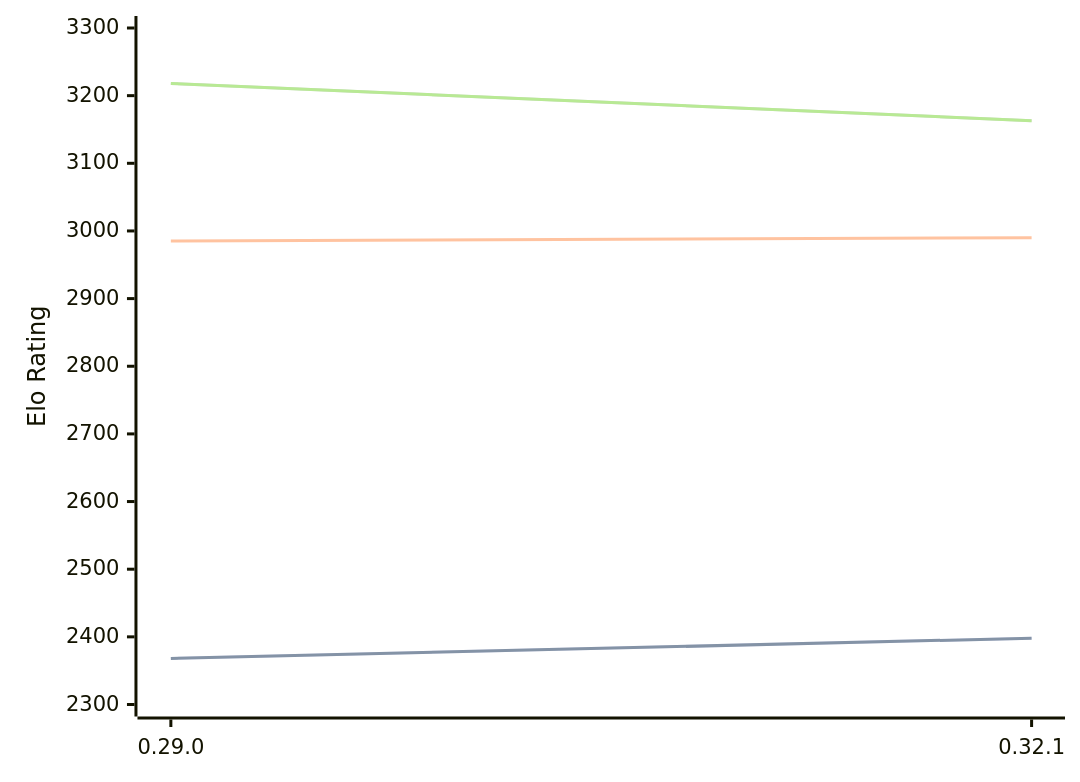
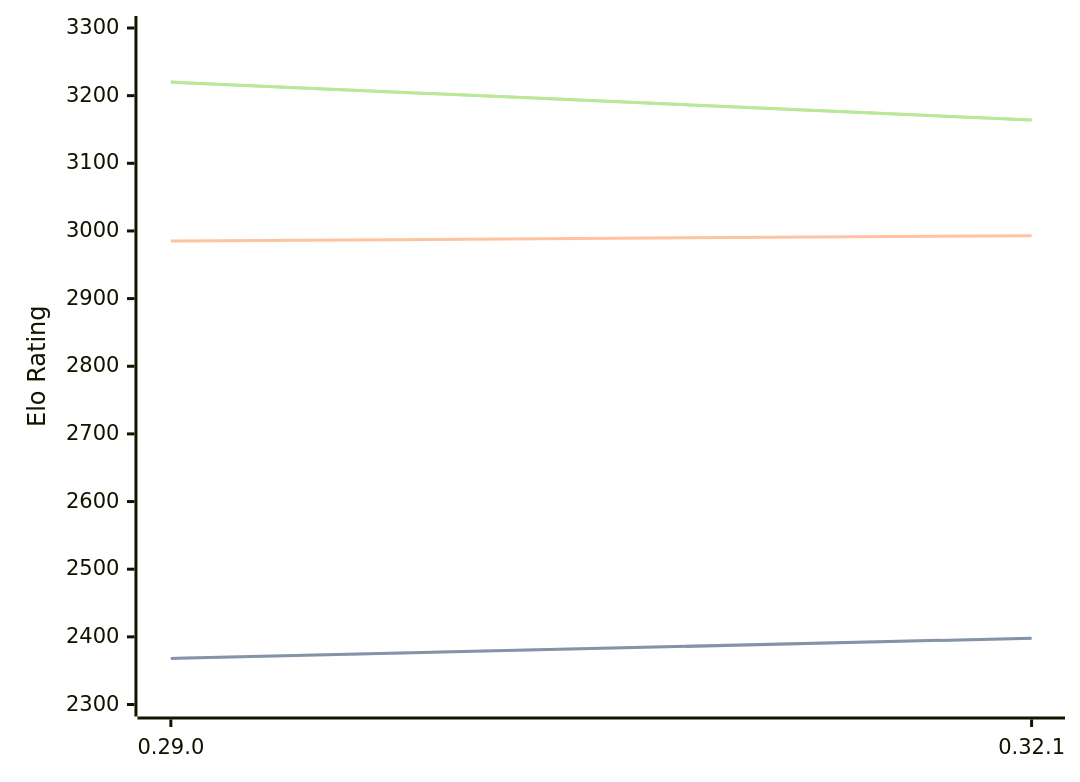
One commit to computer-chess-index/cci changed the diagram in engines/Lc0.md. Above: the diagram before and after it, drawn with Mermaid. The commit also changed other lines of this file, not shown here.

Commit message:
Update CCI Ratings (ELO VLTC) - 2026-07-31

````diff
--- a/engines/Lc0.md
+++ b/engines/Lc0.md
@@ -68,11 +68,11 @@
 ```mermaid
 %%{init: {"theme":"base","themeVariables":{"seriesColors:['#a3a3a3','#222221','#faa371']}}}%%
 xychart-beta
   x-axis ["0.29.0", "0.32.1"]
   y-axis "Elo Rating" 2300 --> 3300
   line "STC (8.0+0.08s)" [2368, 2398]
   line "STC (8.0+0.08s)" [2368, 2398]
-  line "LTC (60.0+0.60s)" [2985, 2990]
-  line "VLTC (2m24s+1.12s)" [3218, 3163]
-  line "VLTC (2m24s+1.12s)" [3218, 3163]
+  line "LTC (60.0+0.60s)" [2985, 2993]
+  line "VLTC (2m24s+1.12s)" [3220, 3164]
+  line "VLTC (2m24s+1.12s)" [3220, 3164]
 ```
````
